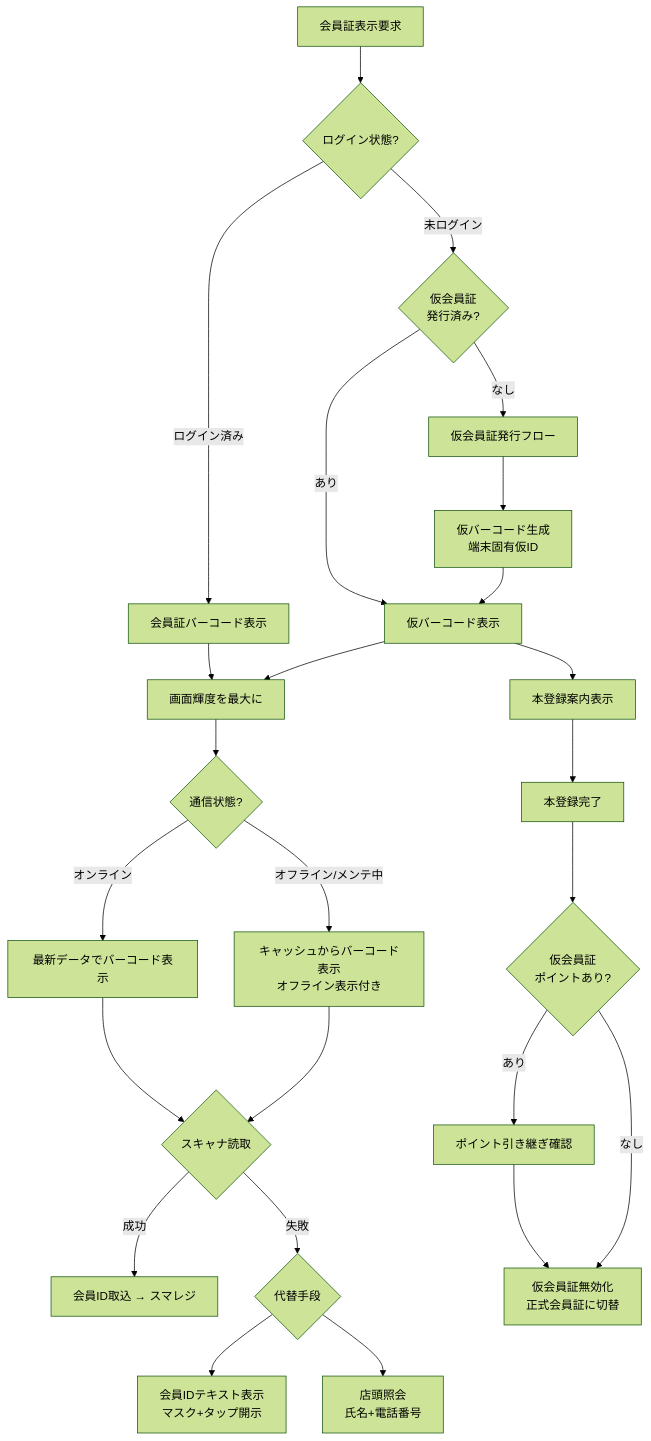
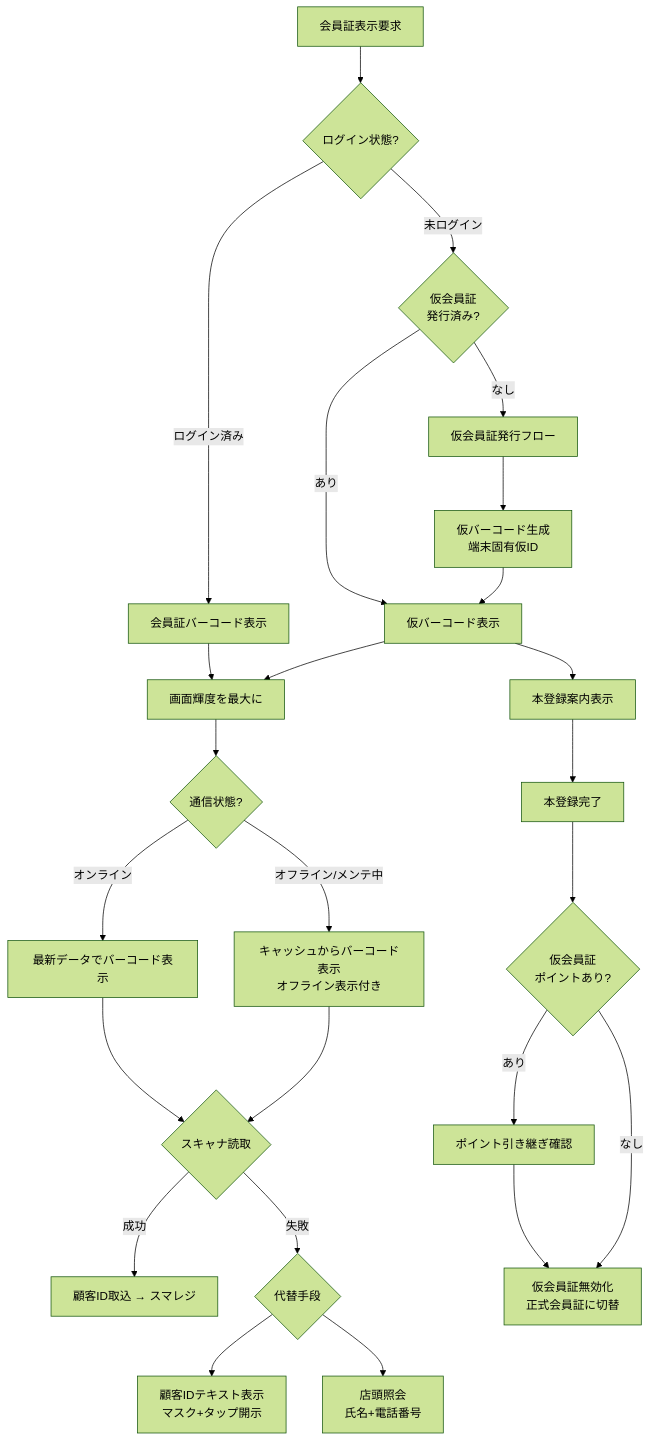
The fourth of 14 diagrams in docs/03_ユーザーストーリー.md (YukaHasebe/bi-su-app), drawn with Mermaid (forest theme) before and after one commit. The commit also changed other lines of this file and 7 other files, not shown here.

````diff
--- a/docs/03_ユーザーストーリー.md
+++ b/docs/03_ユーザーストーリー.md
@@ -364,27 +362,27 @@
 ```mermaid
 flowchart TD
     A[会員証表示要求] --> B{ログイン状態?}
     B -- 未ログイン --> C{仮会員証<br/>発行済み?}
     C -- なし --> D[仮会員証発行フロー]
     D --> E[仮バーコード生成<br/>端末固有仮ID]
     C -- あり --> F[仮バーコード表示]
     E --> F
     F --> G[本登録案内表示]
     B -- ログイン済み --> H[会員証バーコード表示]
     H --> I[画面輝度を最大に]
     F --> I
     I --> J{通信状態?}
     J -- オンライン --> K[最新データでバーコード表示]
     J -- オフライン/メンテ中 --> L[キャッシュからバーコード表示<br/>オフライン表示付き]
     K --> M{スキャナ読取}
     L --> M
-    M -- 成功 --> N[会員ID取込 → スマレジ]
+    M -- 成功 --> N[顧客ID取込 → スマレジ]
     M -- 失敗 --> O{代替手段}
-    O --> P[会員IDテキスト表示<br/>マスク+タップ開示]
+    O --> P[顧客IDテキスト表示<br/>マスク+タップ開示]
     O --> Q[店頭照会<br/>氏名+電話番号]
     G --> R[本登録完了]
     R --> S{仮会員証<br/>ポイントあり?}
     S -- あり --> T[ポイント引き継ぎ確認]
     T --> U[仮会員証無効化<br/>正式会員証に切替]
     S -- なし --> U
 ```
````
